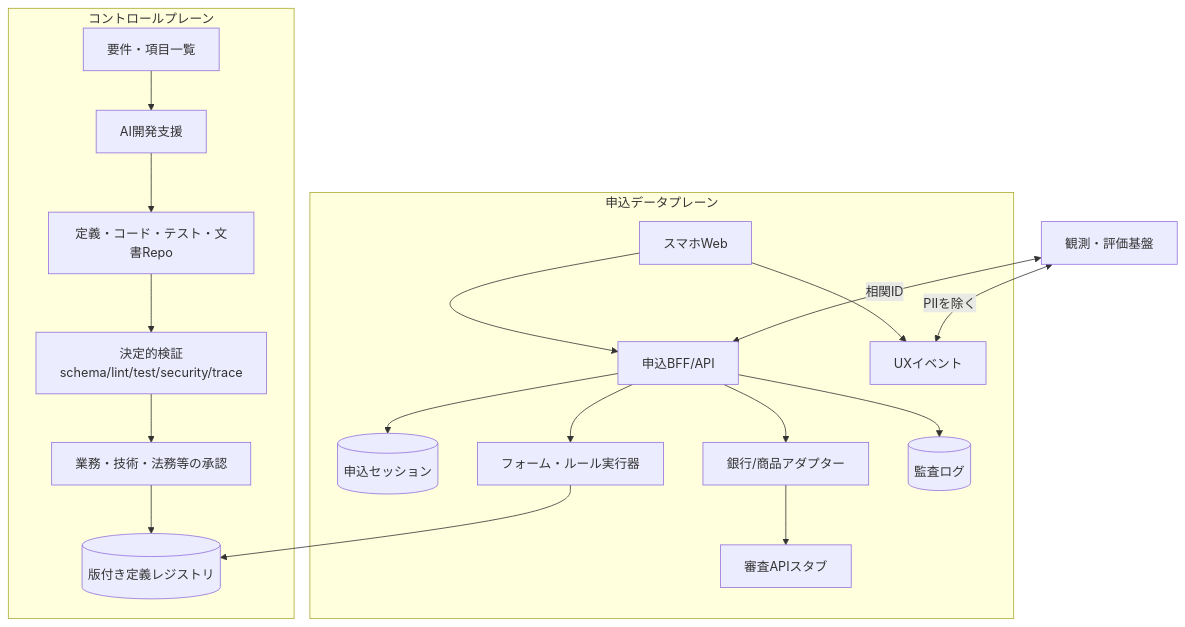
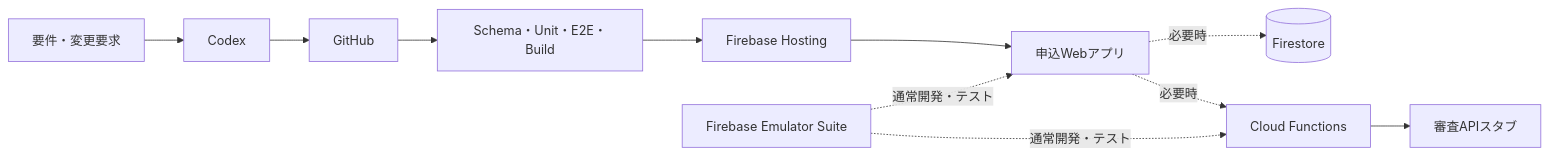
The diagram in docs/06_system_architecture.md (tatsumasanakamura-max/Platform), drawn with Mermaid before and after one commit. The commit also changed other lines of this file and 16 other files, not shown here.

````diff
--- a/docs/06_system_architecture.md
+++ b/docs/06_system_architecture.md
@@ -12,22 +5,13 @@
 ```mermaid
-flowchart TB
-  subgraph CP[コントロールプレーン]
-    REQ[要件・項目一覧] --> AI[AI開発支援]
-    AI --> REPO[定義・コード・テスト・文書Repo]
-    REPO --> CI[決定的検証<br/>schema/lint/test/security/trace]
-    CI --> APR[業務・技術・法務等の承認]
-    APR --> REG[(版付き定義レジストリ)]
-  end
-  subgraph DP[申込データプレーン]
-    WEB[スマホWeb] --> BFF[申込BFF/API]
-    BFF --> SESSION[(申込セッション)]
-    BFF --> ENGINE[フォーム・ルール実行器]
-    ENGINE --> REG
-    BFF --> ADAPTER[銀行/商品アダプター]
-    ADAPTER --> REVIEW[審査APIスタブ]
-    BFF --> AUDIT[(監査ログ)]
-    WEB --> EVENTS[UXイベント]
-  end
-  OBS[観測・評価基盤] <-->|PIIを除く| EVENTS
-  OBS <-->|相関ID| BFF
+flowchart LR
+  REQ[要件・変更要求] --> CODEX[Codex]
+  CODEX --> REPO[GitHub]
+  REPO --> CI[Schema・Unit・E2E・Build]
+  CI --> HOST[Firebase Hosting]
+  HOST --> APP[申込Webアプリ]
+  APP -.必要時.-> FS[(Firestore)]
+  APP -.必要時.-> FN[Cloud Functions]
+  FN --> STUB[審査APIスタブ]
+  EMU[Firebase Emulator Suite] -.通常開発・テスト.-> APP
+  EMU -.通常開発・テスト.-> FN
 ```
````
